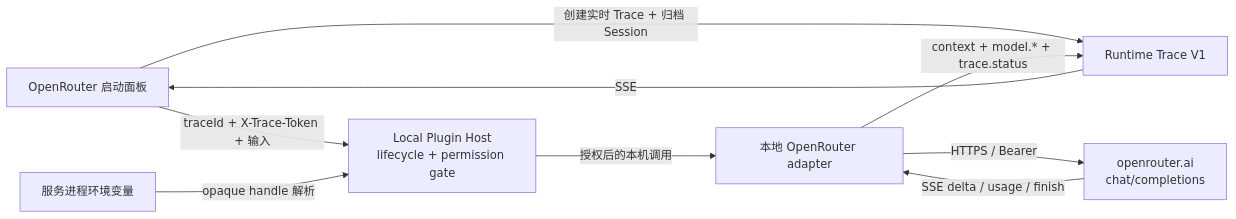
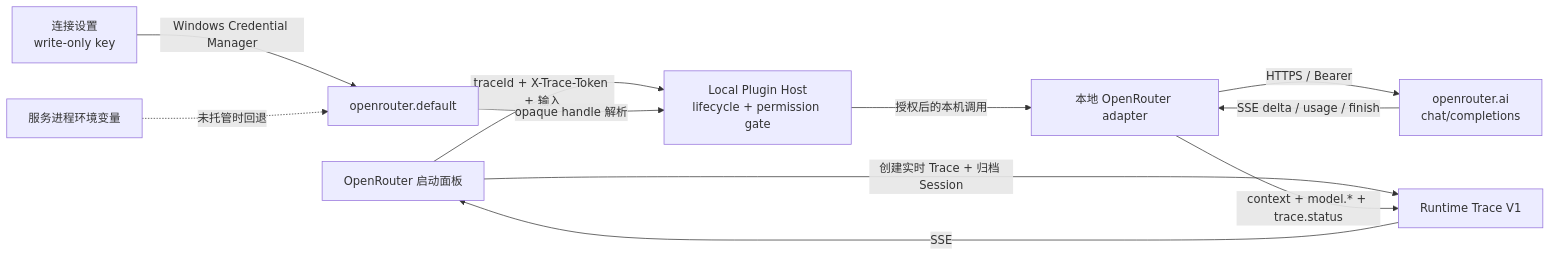
One commit to LasVie/OpenJiuwen_Visualization changed the diagram in docs/openrouter-provider-v1.md. Above: the diagram before and after it, drawn with Mermaid. The commit also changed other lines of this file and 18 other files, not shown here.

````diff
--- a/docs/openrouter-provider-v1.md
+++ b/docs/openrouter-provider-v1.md
@@ -7,11 +7,13 @@
 ```mermaid
 flowchart LR
   UI["OpenRouter 启动面板"] -->|"创建实时 Trace + 归档 Session"| Trace["Runtime Trace V1"]
   UI -->|"traceId + X-Trace-Token + 输入"| Host["Local Plugin Host\nlifecycle + permission gate"]
-  Env["服务进程环境变量"] -->|"opaque handle 解析"| Host
+  Settings["连接设置\nwrite-only key"] -->|"Windows Credential Manager"| Vault["openrouter.default"]
+  Env["服务进程环境变量"] -.->|"未托管时回退"| Vault
+  Vault -->|"opaque handle 解析"| Host
   Host -->|"授权后的本机调用"| Adapter["本地 OpenRouter adapter"]
   Adapter -->|"HTTPS / Bearer"| OR["openrouter.ai\nchat/completions"]
   OR -->|"SSE delta / usage / finish"| Adapter
   Adapter -->|"context + model.* + trace.status"| Trace
   Trace -->|"SSE"| UI
 ```
````
